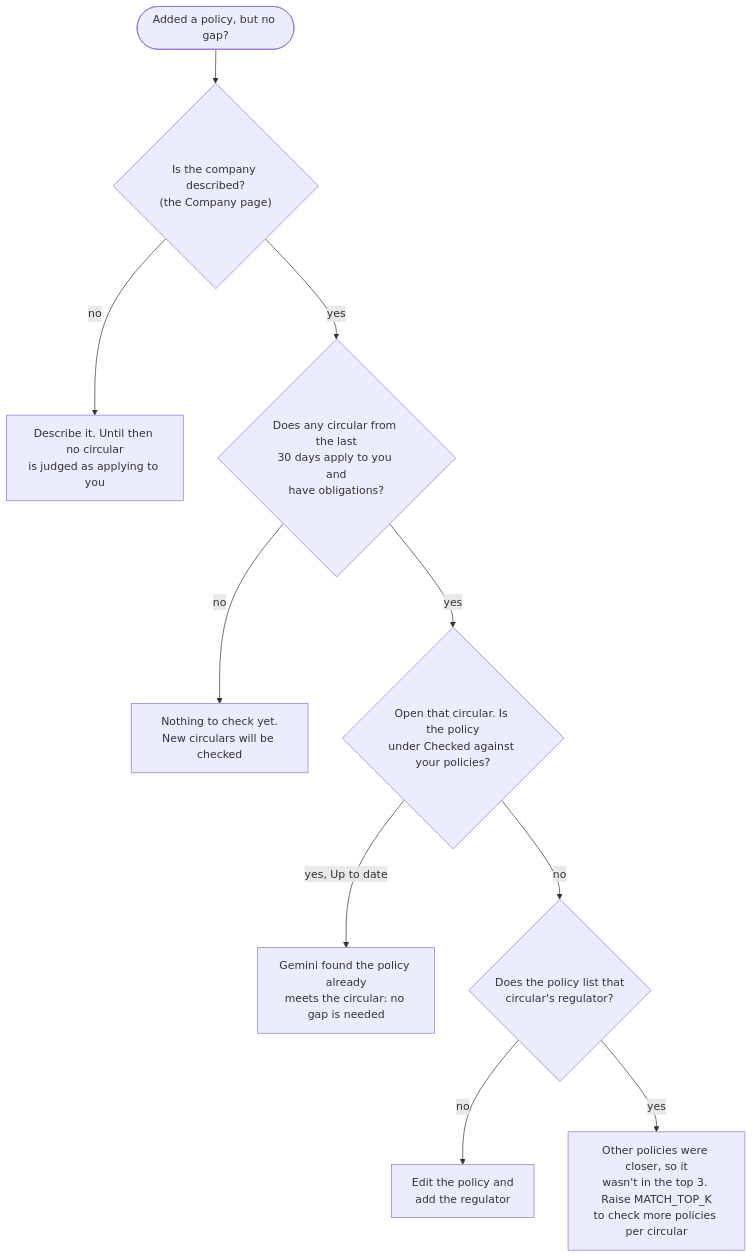
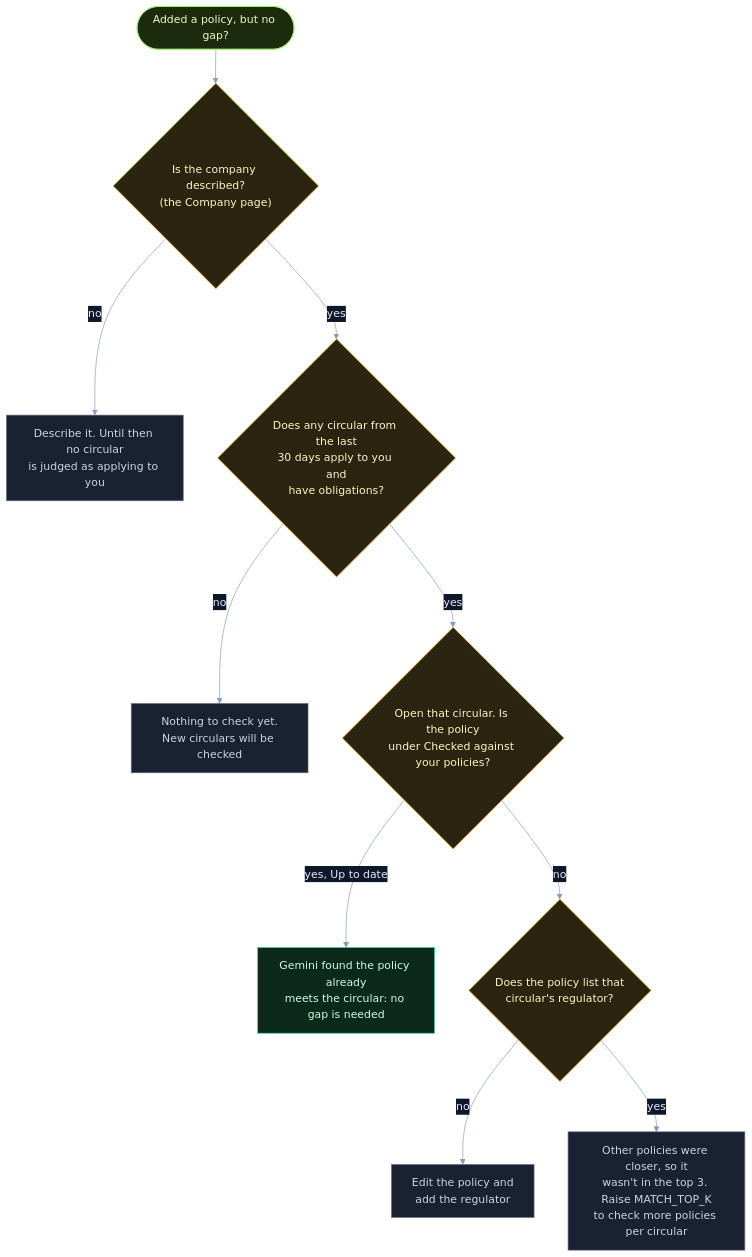
Diagram 14 of 21 in how_it_works.md (selvakumarperumal/Regulatory_Circular_Impact_Agent), drawn with Mermaid before and after one commit. The commit also changed other lines of this file and 1 other file, not shown here.

````diff
--- a/how_it_works.md
+++ b/how_it_works.md
@@ -611,12 +792,27 @@
 ```mermaid
+%%{init: {"theme": "base", "themeVariables": {"darkMode": true, "primaryColor": "#16213a", "primaryTextColor": "#e6edf7", "primaryBorderColor": "#475a7a", "lineColor": "#8b9bb4", "secondaryColor": "#1b2436", "tertiaryColor": "#101a2e", "edgeLabelBackground": "#0f172a", "textColor": "#e2e8f0", "clusterBkg": "#0f1728", "clusterBorder": "#2b3a55", "titleColor": "#c4b5fd", "nodeTextColor": "#e6edf7"}}}%%
 flowchart TD
     s(["Added a policy, but no gap?"]) --> q1{"Is the company described?<br/>(the Company page)"}
     q1 -->|no| a1["Describe it. Until then no circular<br/>is judged as applying to you"]
     q1 -->|yes| q2{"Does any circular from the last<br/>30 days apply to you and<br/>have obligations?"}
     q2 -->|no| a2["Nothing to check yet.<br/>New circulars will be checked"]
     q2 -->|yes| q3{"Open that circular. Is the policy<br/>under Checked against your policies?"}
     q3 -->|"yes, Up to date"| a3["Gemini found the policy already<br/>meets the circular: no gap is needed"]
     q3 -->|no| q4{"Does the policy list that<br/>circular's regulator?"}
     q4 -->|no| a4["Edit the policy and<br/>add the regulator"]
     q4 -->|yes| a5["Other policies were closer, so it<br/>wasn't in the top 3. Raise MATCH_TOP_K<br/>to check more policies per circular"]
+
+    classDef svc fill:#0e2a2c,stroke:#2dd4bf,color:#ccfbf1
+    classDef data fill:#1c1a47,stroke:#818cf8,color:#e0e7ff
+    classDef ext fill:#2a1640,stroke:#c084fc,color:#f3e8ff
+    classDef gpu fill:#2d1b0c,stroke:#fb923c,color:#ffedd5
+    classDef ask fill:#2a2410,stroke:#fbbf24,color:#fef3c7
+    classDef ok fill:#0b2a1c,stroke:#34d399,color:#d1fae5
+    classDef bad fill:#2e0f17,stroke:#fb7185,color:#ffe4e6
+    classDef start fill:#1c2a0e,stroke:#a7ef6f,color:#ecfccb
+    classDef muted fill:#1a2130,stroke:#64748b,color:#cbd5e1
+    class s start
+    class q1,q2,q3,q4 ask
+    class a3 ok
+    class a1,a2,a4,a5 muted
 ```
````
